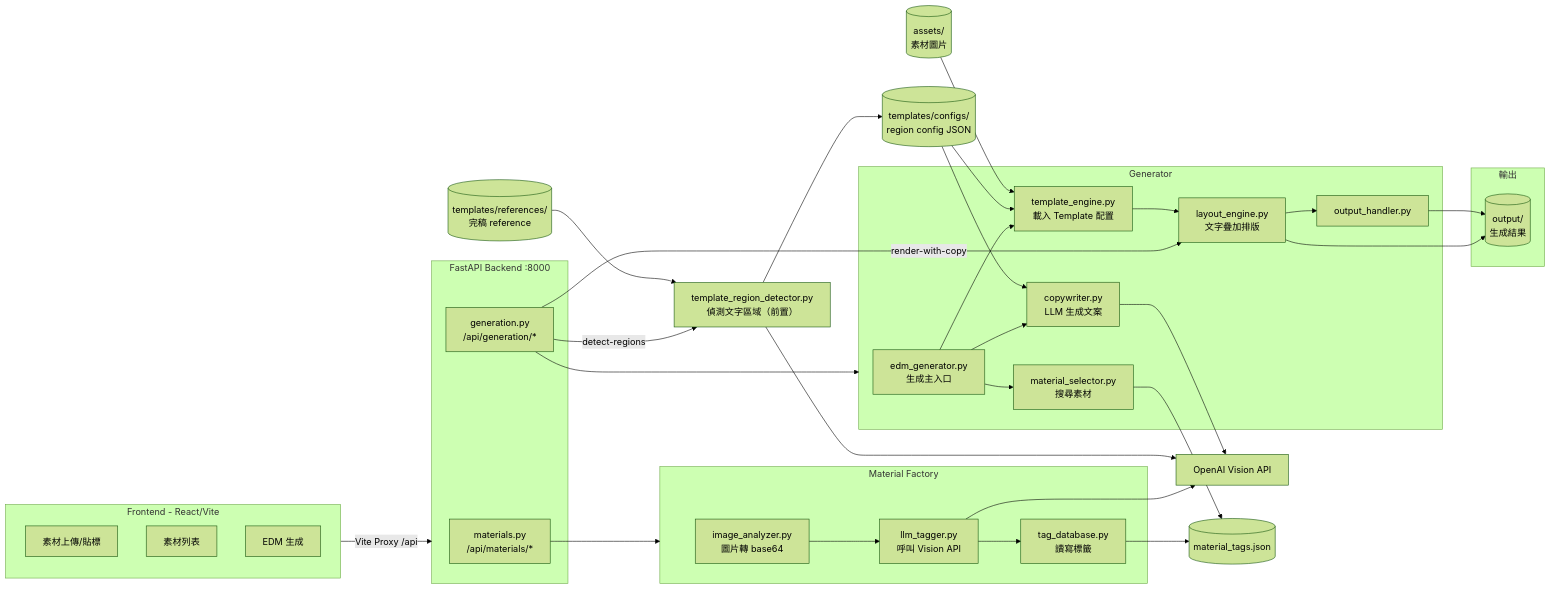
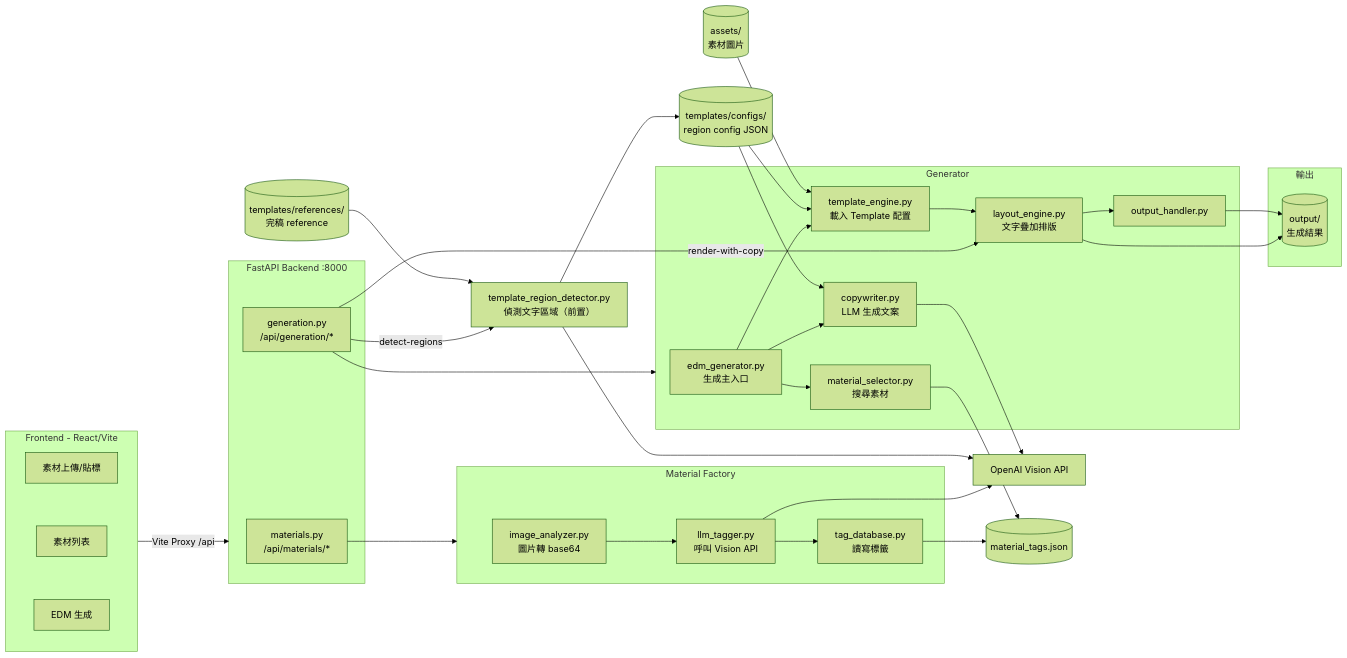
One commit to SamLai228/creative_agent changed the diagram in docs/architecture.md. Above: the diagram before and after it, drawn with Mermaid (forest theme).

Commit message:
docs: force Frontend subgraph vertical layout with invisible edges

````diff
--- a/docs/architecture.md
+++ b/docs/architecture.md
@@ -3,70 +3,71 @@
 ```mermaid
 flowchart LR
     subgraph Frontend["Frontend - React/Vite"]
         direction TB
         UI_Upload["素材上傳/貼標"]
         UI_List["素材列表"]
         UI_Generate["EDM 生成"]
+        UI_Upload ~~~ UI_List ~~~ UI_Generate
     end
 
     subgraph Backend["FastAPI Backend :8000"]
         R_Materials["materials.py<br/>/api/materials/*"]
         R_Generation["generation.py<br/>/api/generation/*"]
     end
 
     subgraph MaterialFactory["Material Factory"]
         ImageAnalyzer["image_analyzer.py<br/>圖片轉 base64"]
         LLMTagger["llm_tagger.py<br/>呼叫 Vision API"]
         TagDatabase["tag_database.py<br/>讀寫標籤"]
     end
 
     subgraph Generator["Generator"]
         EDMGenerator["edm_generator.py<br/>生成主入口"]
         MaterialSelector["material_selector.py<br/>搜尋素材"]
         TemplateEngine["template_engine.py<br/>載入 Template 配置"]
         LayoutEngine["layout_engine.py<br/>文字疊加排版"]
         Copywriter["copywriter.py<br/>LLM 生成文案"]
         OutputHandler["output_handler.py"]
     end
 
     RegionDetector["template_region_detector.py<br/>偵測文字區域（前置）"]
 
     OpenAI["OpenAI Vision API"]
 
     DB[("material_tags.json")]
     Assets[("assets/<br/>素材圖片")]
     TplRefs[("templates/references/<br/>完稿 reference")]
     TplConfigs[("templates/configs/<br/>region config JSON")]
 
     subgraph OutputZone["輸出"]
         Output[("output/<br/>生成結果")]
     end
 
     Frontend -->|"Vite Proxy /api"| Backend
 
     R_Materials --> MaterialFactory
     R_Generation --> Generator
     R_Generation -->|"render-with-copy"| LayoutEngine
 
     ImageAnalyzer --> LLMTagger
     LLMTagger --> OpenAI
     LLMTagger --> TagDatabase
     TagDatabase --> DB
 
     R_Generation -->|"detect-regions"| RegionDetector
     EDMGenerator --> MaterialSelector
     EDMGenerator --> Copywriter
     EDMGenerator --> TemplateEngine
     MaterialSelector --> DB
     TplRefs --> RegionDetector
     RegionDetector --> OpenAI
     RegionDetector --> TplConfigs
     TplConfigs --> Copywriter
     TplConfigs --> TemplateEngine
     Copywriter --> OpenAI
     Assets --> TemplateEngine
     TemplateEngine --> LayoutEngine
     LayoutEngine --> OutputHandler
     LayoutEngine --> Output
     OutputHandler --> Output
 ```
````
